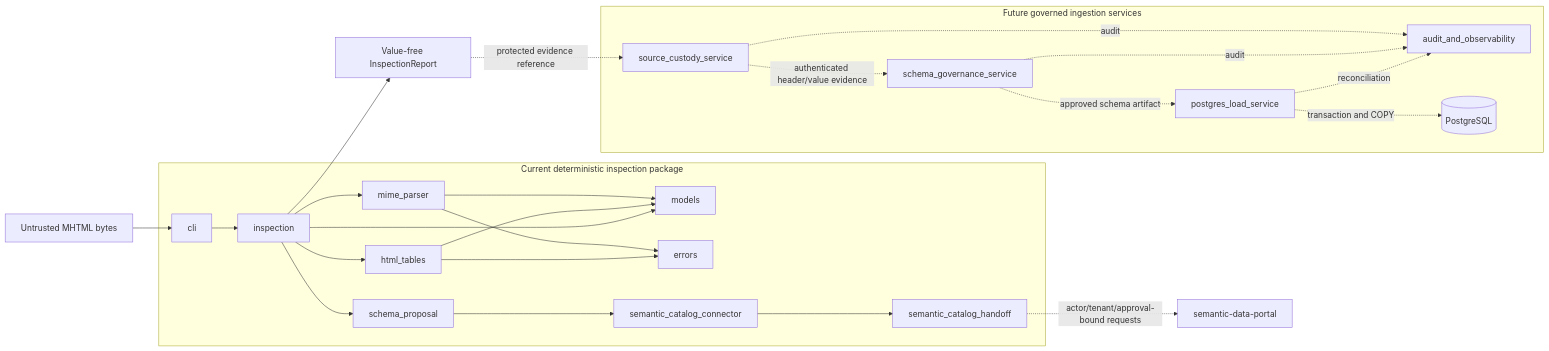
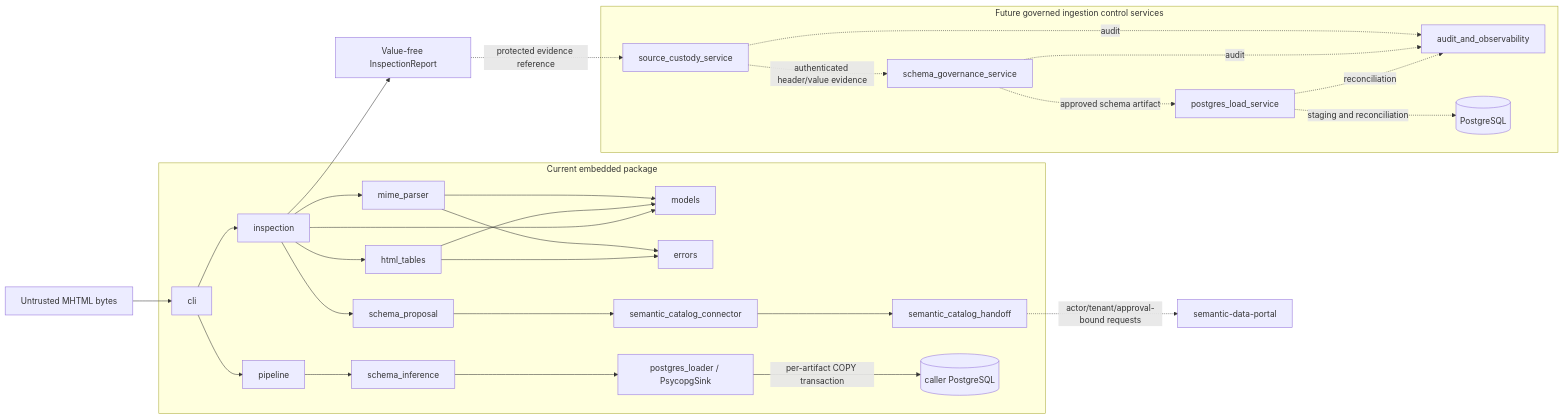
The first of 6 diagrams in docs/UML.md (ContextualWisdomLab/mhtml-etl-gateway), drawn with Mermaid before and after one commit. The commit also changed other lines of this file and 20 other files, not shown here.

First line of the commit message:
feat: stream PostgreSQL loads with COPY (#25)

````diff
--- a/docs/UML.md
+++ b/docs/UML.md
@@ -11,45 +12,53 @@
 ```mermaid
 flowchart LR
-    subgraph current[Current deterministic inspection package]
+    subgraph current[Current embedded package]
         CLI[cli]
         MOD[models]
         ERR[errors]
         MIME[mime_parser]
         HTML[html_tables]
         INS[inspection]
         CLI --> INS
         INS --> MIME
         INS --> HTML
         MIME --> MOD
         HTML --> MOD
         MIME --> ERR
         HTML --> ERR
     INS --> MOD
         PROPOSAL[schema_proposal]
-    CATALOG[semantic_catalog_connector]
-    HANDOFF[semantic_catalog_handoff]
+        CATALOG[semantic_catalog_connector]
+        HANDOFF[semantic_catalog_handoff]
+        PIPE[pipeline]
+        CURRENT_SCHEMA[schema_inference]
+        LOADER[postgres_loader / PsycopgSink]
+        TARGET[(caller PostgreSQL)]
         INS --> PROPOSAL
-    PROPOSAL --> CATALOG
-    CATALOG --> HANDOFF
+        PROPOSAL --> CATALOG
+        CATALOG --> HANDOFF
+        CLI --> PIPE
+        PIPE --> CURRENT_SCHEMA
+        CURRENT_SCHEMA --> LOADER
+        LOADER -->|per-artifact COPY transaction| TARGET
     end
 
     SRC[Untrusted MHTML bytes] --> CLI
     INS --> REPORT[Value-free InspectionReport]
 
-    subgraph future[Future governed ingestion services]
+    subgraph future[Future governed ingestion control services]
         CUST[source_custody_service]
-        SCHEMA[schema_governance_service]
+        FUTURE_SCHEMA[schema_governance_service]
         LOAD[postgres_load_service]
         AUDIT[audit_and_observability]
         STORE[(PostgreSQL)]
     end
 
     REPORT -. protected evidence reference .-> CUST
     HANDOFF -. actor/tenant/approval-bound requests .-> PORTAL[semantic-data-portal]
-    CUST -. authenticated header/value evidence .-> SCHEMA
-    SCHEMA -. approved schema artifact .-> LOAD
-    LOAD -. transaction and COPY .-> STORE
+    CUST -. authenticated header/value evidence .-> FUTURE_SCHEMA
+    FUTURE_SCHEMA -. approved schema artifact .-> LOAD
+    LOAD -. staging and reconciliation .-> STORE
     CUST -. audit .-> AUDIT
-    SCHEMA -. audit .-> AUDIT
+    FUTURE_SCHEMA -. audit .-> AUDIT
     LOAD -. reconciliation .-> AUDIT
 ```
````
